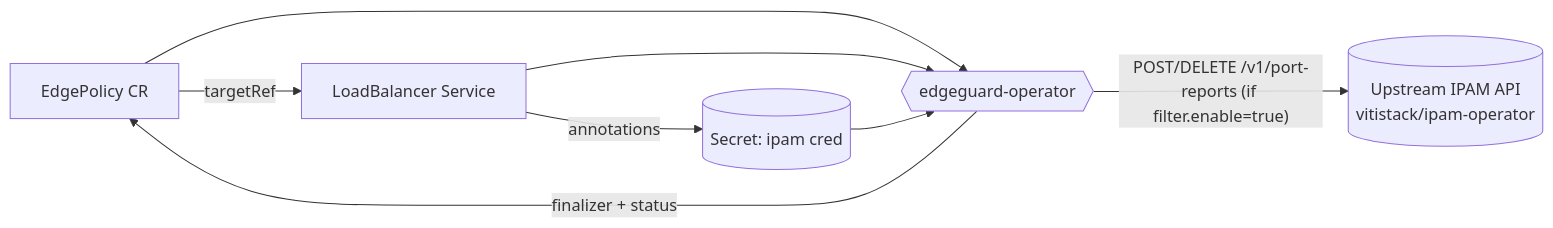
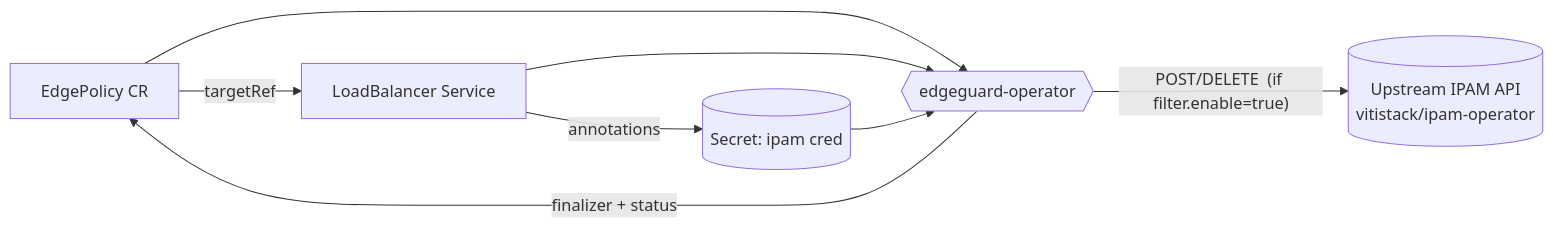
The diagram in README.md (vitistack/edgeguard-operator), drawn with Mermaid before and after one commit. The commit also changed other lines of this file, not shown here.

````diff
--- a/README.md
+++ b/README.md
@@ -35,11 +35,11 @@
 ```mermaid
 flowchart LR
     EP[EdgePolicy CR] -- targetRef --> SVC[LoadBalancer Service]
     SVC -- annotations --> SEC[(Secret: ipam cred)]
     OP{{edgeguard-operator}}
     EP --> OP
     SVC --> OP
     SEC --> OP
     OP -- finalizer + status --> EP
-    OP -- "POST/DELETE /v1/port-reports (if filter.enable=true)" --> UP[(Upstream IPAM API<br/>vitistack/ipam-operator)]
+    OP -- "POST/DELETE  (if filter.enable=true)" --> UP[(Upstream IPAM API<br/>vitistack/ipam-operator)]
 ```
````
